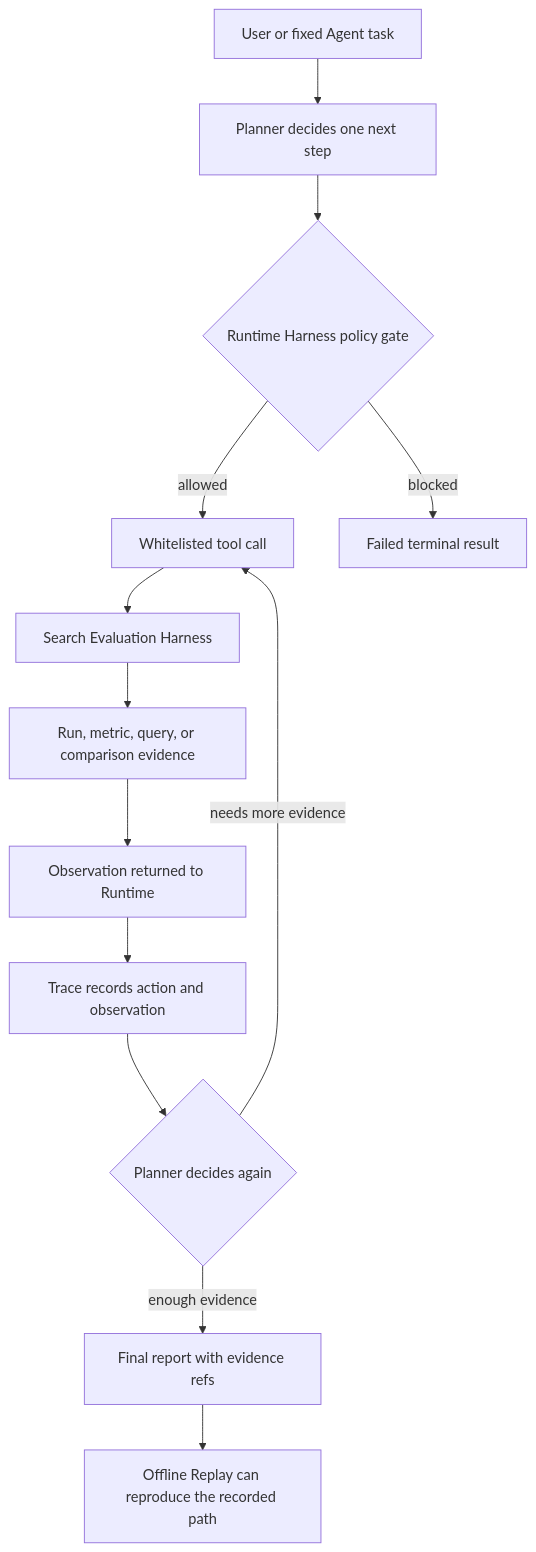
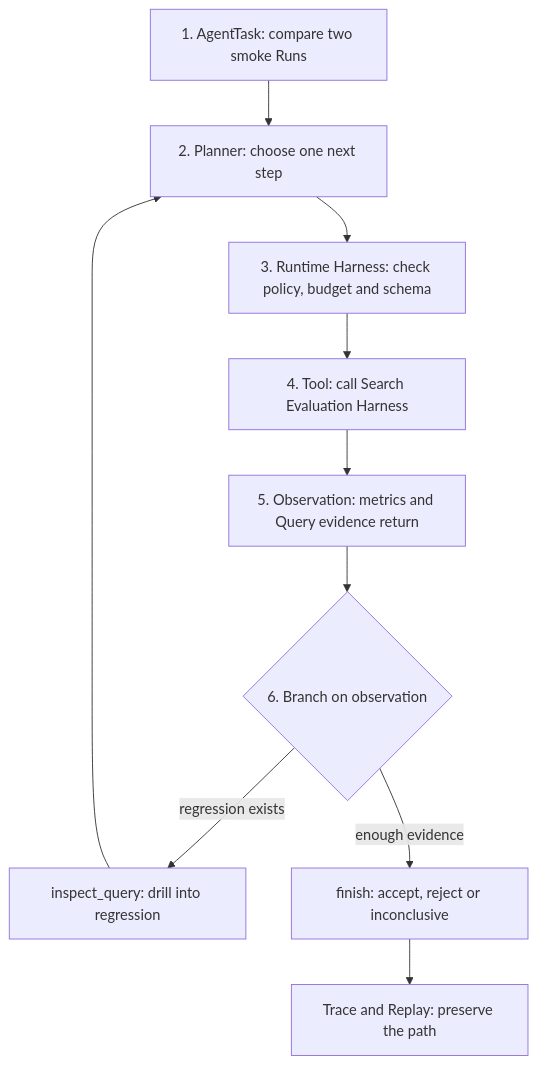
The diagram in docs/AGENT_FLOW.md (Shaw485/search-engine-eva-agent), drawn with Mermaid before and after one commit. The commit also changed other lines of this file, not shown here.

Commit message:
Simplify agent flow diagram

````diff
--- a/docs/AGENT_FLOW.md
+++ b/docs/AGENT_FLOW.md
@@ -16,15 +16,16 @@
 ```mermaid
 flowchart TD
-    A[User or fixed Agent task] --> B[Planner decides one next step]
-    B --> C{Runtime Harness policy gate}
-    C -->|allowed| D[Whitelisted tool call]
-    C -->|blocked| X[Failed terminal result]
-    D --> E[Search Evaluation Harness]
-    E --> F[Run, metric, query, or comparison evidence]
-    F --> G[Observation returned to Runtime]
-    G --> H[Trace records action and observation]
-    H --> I{Planner decides again}
-    I -->|needs more evidence| D
-    I -->|enough evidence| J[Final report with evidence refs]
-    J --> K[Offline Replay can reproduce the recorded path]
+    A[1. AgentTask: compare two smoke Runs]
+    B[2. Planner: choose one next step]
+    C[3. Runtime Harness: check policy, budget and schema]
+    D[4. Tool: call Search Evaluation Harness]
+    E[5. Observation: metrics and Query evidence return]
+    F{6. Branch on observation}
+    G[inspect_query: drill into regression]
+    H[finish: accept, reject or inconclusive]
+    I[Trace and Replay: preserve the path]
+
+    A --> B --> C --> D --> E --> F
+    F -->|regression exists| G --> B
+    F -->|enough evidence| H --> I
 ```
````
